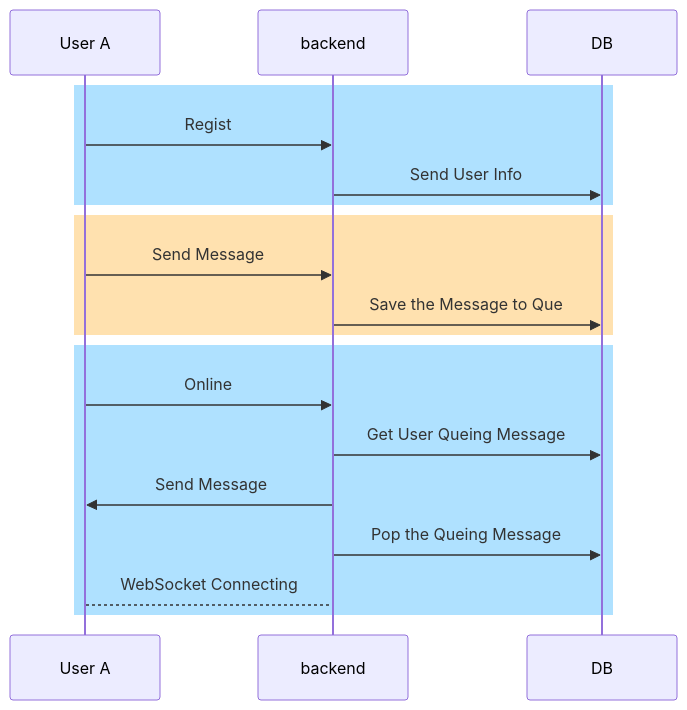
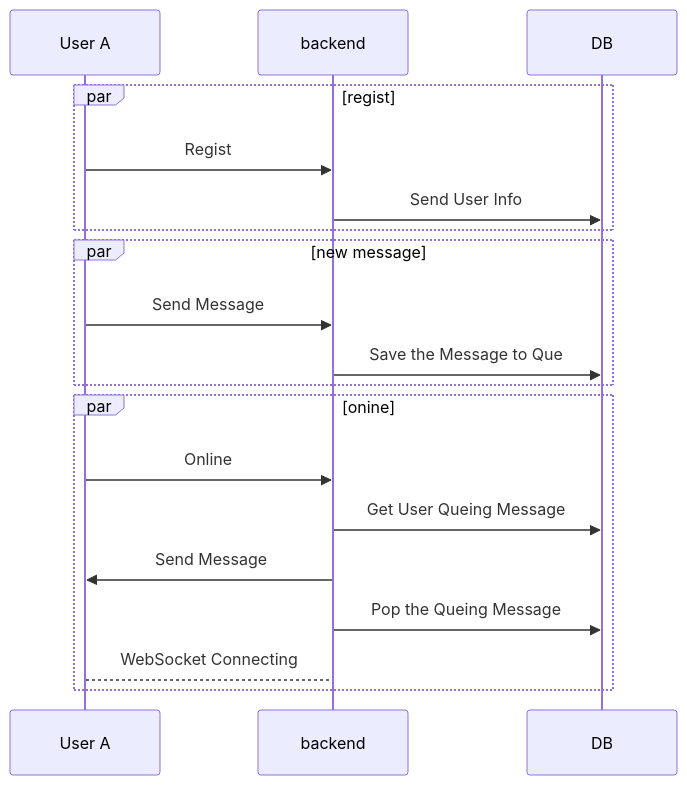
One commit to jianda1013/chat_room changed the diagram in README.md. Above: the diagram before and after it, drawn with Mermaid.

Commit message:
[change] fix mermaid theme

````diff
--- a/README.md
+++ b/README.md
@@ -5,21 +5,21 @@
 ```mermaid
 sequenceDiagram
 participant User A 
 participant backend
 participant DB
-rect rgb(175, 225, 255)
+par regist
     User A->>backend: Regist
     backend->>DB: Send User Info
 end
-rect rgb(255, 225, 175)
+par new message
     User A->>backend: Send Message
     backend->>DB: Save the Message to Que
 end
-rect rgb(175, 225, 255)
+par onine
     User A->>backend: Online
     backend->>DB: Get User Queing Message
     backend->>User A: Send Message
     backend->>DB: Pop the Queing Message
     User A-->backend: WebSocket Connecting
 end
 ```
````
